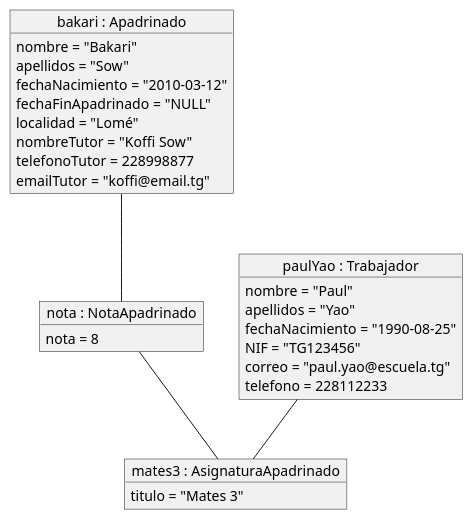
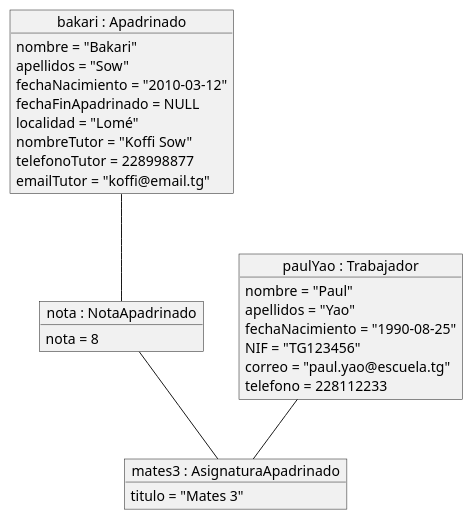
Before and after one commit to albporfer1-64/Grupo_Proyecto_DB: the diagram in escenarios/escenario2.puml, drawn with PlantUML.

Commit message:
Mal expresado NULL de escenario2.puml

```diff
--- a/escenarios/escenario2.puml
+++ b/escenarios/escenario2.puml
@@ -1,30 +1,30 @@
 @startuml
 object "bakari : Apadrinado" as bakari {
   nombre = "Bakari"
   apellidos = "Sow"
   fechaNacimiento = "2010-03-12"
-  fechaFinApadrinado = "NULL"
+  fechaFinApadrinado = NULL
   localidad = "Lomé"
   nombreTutor = "Koffi Sow"
   telefonoTutor = 228998877
   emailTutor = "koffi@email.tg"
 }
 object "paulYao : Trabajador" as paulYao {
   nombre = "Paul"
   apellidos = "Yao"
   fechaNacimiento = "1990-08-25"
   NIF = "TG123456"
   correo = "paul.yao@escuela.tg"
   telefono = 228112233
 }
 object "mates3 : AsignaturaApadrinado" as mates3 {
   titulo = "Mates 3"
 }
 object "nota : NotaApadrinado" as nota {
   nota = 8
 }
 
 paulYao -- mates3 
 bakari -- nota
 nota -- mates3
 @enduml
```
